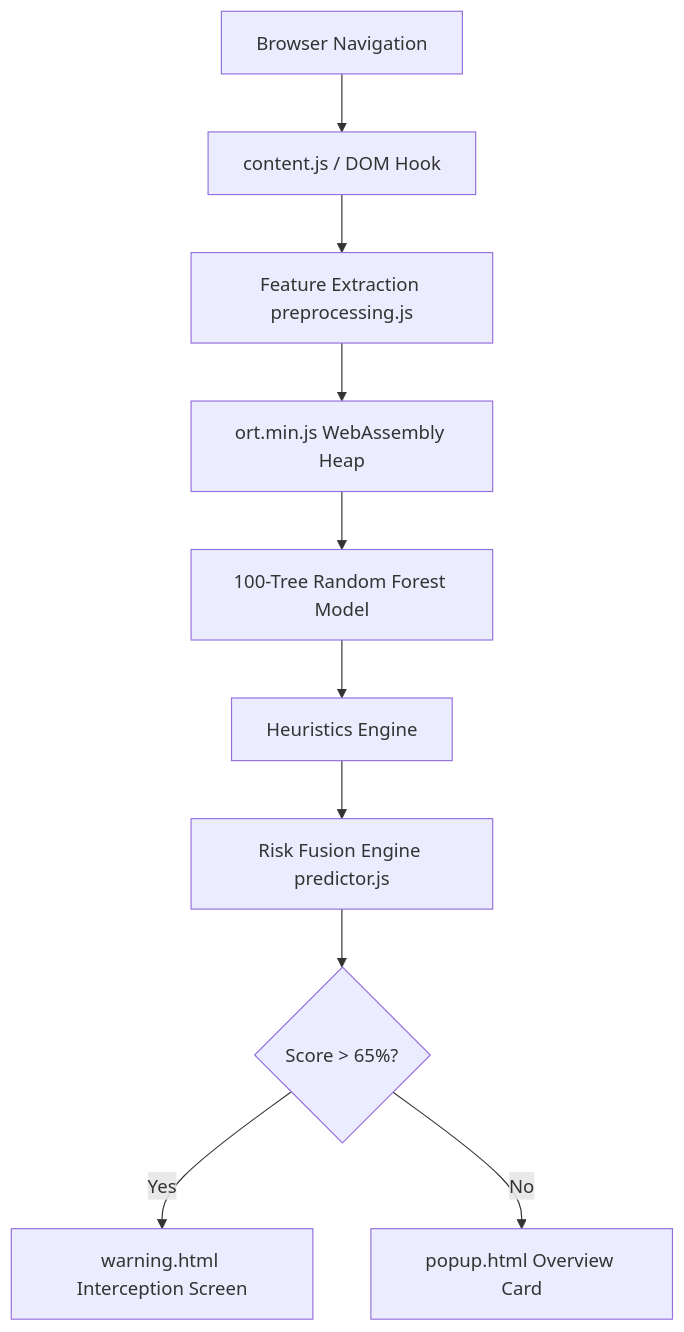
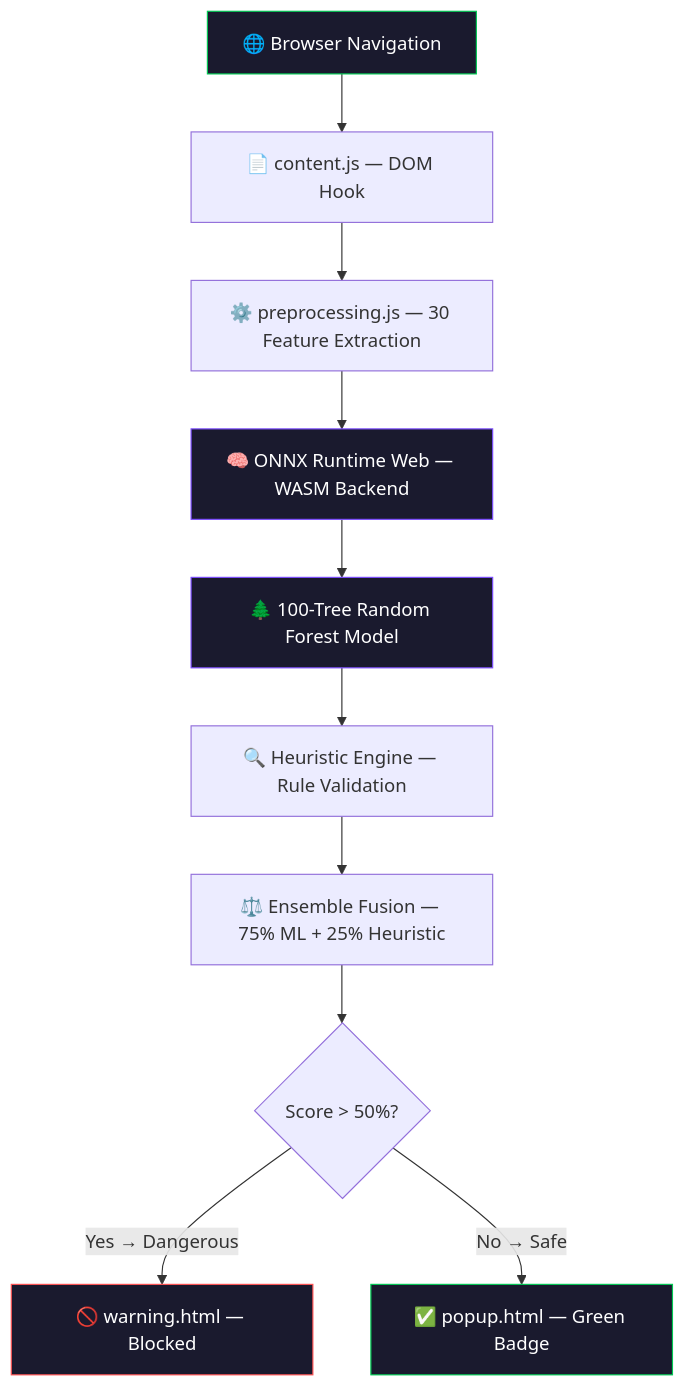
The diagram in README.md (manojprasad-dot/hackathon-project), drawn with Mermaid before and after one commit. The commit also changed other lines of this file and 8 other files, not shown here.

````diff
--- a/README.md
+++ b/README.md
@@ -91,12 +66,18 @@
 ```mermaid
 graph TD
-    A[Browser Navigation] --> B[content.js / DOM Hook]
-    B --> C[Feature Extraction preprocessing.js]
-    C --> D[ort.min.js WebAssembly Heap]
-    D --> E[100-Tree Random Forest Model]
-    E --> F[Heuristics Engine]
-    F --> G[Risk Fusion Engine predictor.js]
-    G --> H{Score > 65%?}
-    H -- Yes --> I[warning.html Interception Screen]
-    H -- No --> J[popup.html Overview Card]
+    A["🌐 Browser Navigation"] --> B["📄 content.js — DOM Hook"]
+    B --> C["⚙️ preprocessing.js — 30 Feature Extraction"]
+    C --> D["🧠 ONNX Runtime Web — WASM Backend"]
+    D --> E["🌲 100-Tree Random Forest Model"]
+    E --> F["🔍 Heuristic Engine — Rule Validation"]
+    F --> G["⚖️ Ensemble Fusion — 75% ML + 25% Heuristic"]
+    G --> H{"Score > 50%?"}
+    H -- "Yes → Dangerous" --> I["🚫 warning.html — Blocked"]
+    H -- "No → Safe" --> J["✅ popup.html — Green Badge"]
+
+    style A fill:#1a1a2e,stroke:#00C853,color:#fff
+    style D fill:#1a1a2e,stroke:#7c4dff,color:#fff
+    style E fill:#1a1a2e,stroke:#7c4dff,color:#fff
+    style I fill:#1a1a2e,stroke:#ff5252,color:#fff
+    style J fill:#1a1a2e,stroke:#00C853,color:#fff
 ```
````
